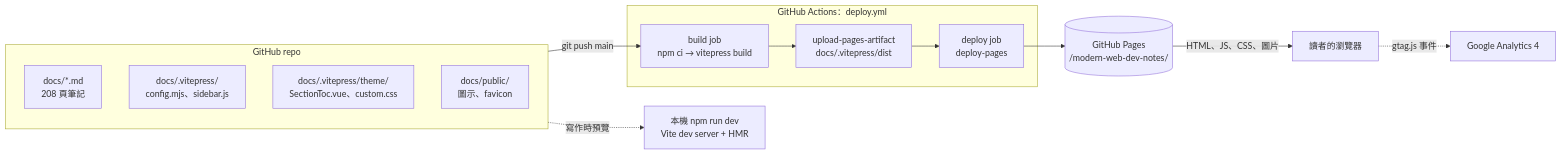
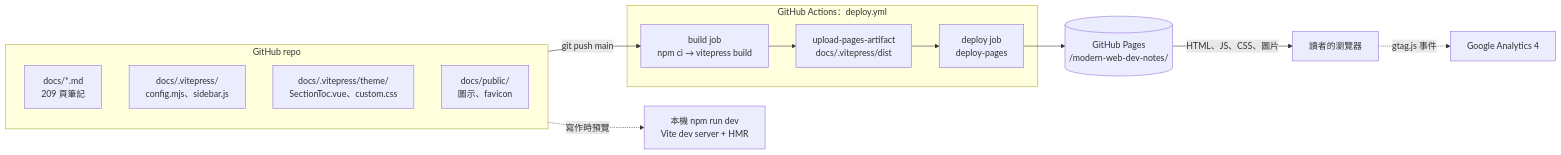
Before and after one commit to Zhang-RenWen/modern-web-dev-notes: the first of 3 diagrams in ARCHITECTURE.md, drawn with Mermaid. The commit also changed other lines of this file and 9 other files, not shown here.

````diff
--- a/ARCHITECTURE.md
+++ b/ARCHITECTURE.md
@@ -33,27 +33,27 @@
 ```mermaid
 flowchart LR
   subgraph repo["GitHub repo"]
-    md["docs/*.md<br/>208 頁筆記"]
+    md["docs/*.md<br/>209 頁筆記"]
     cfg["docs/.vitepress/<br/>config.mjs、sidebar.js"]
     theme["docs/.vitepress/theme/<br/>SectionToc.vue、custom.css"]
     pub["docs/public/<br/>圖示、favicon"]
   end
 
   dev["本機 npm run dev<br/>Vite dev server + HMR"]
 
   subgraph ci["GitHub Actions：deploy.yml"]
     build["build job<br/>npm ci → vitepress build"]
     upload["upload-pages-artifact<br/>docs/.vitepress/dist"]
     deploy["deploy job<br/>deploy-pages"]
   end
 
   pages[("GitHub Pages<br/>/modern-web-dev-notes/")]
   browser["讀者的瀏覽器"]
   ga["Google Analytics 4"]
 
   repo -.->|寫作時預覽| dev
   repo -->|git push main| build
   build --> upload --> deploy --> pages
   pages -->|HTML、JS、CSS、圖片| browser
   browser -.->|gtag.js 事件| ga
 ```
````
